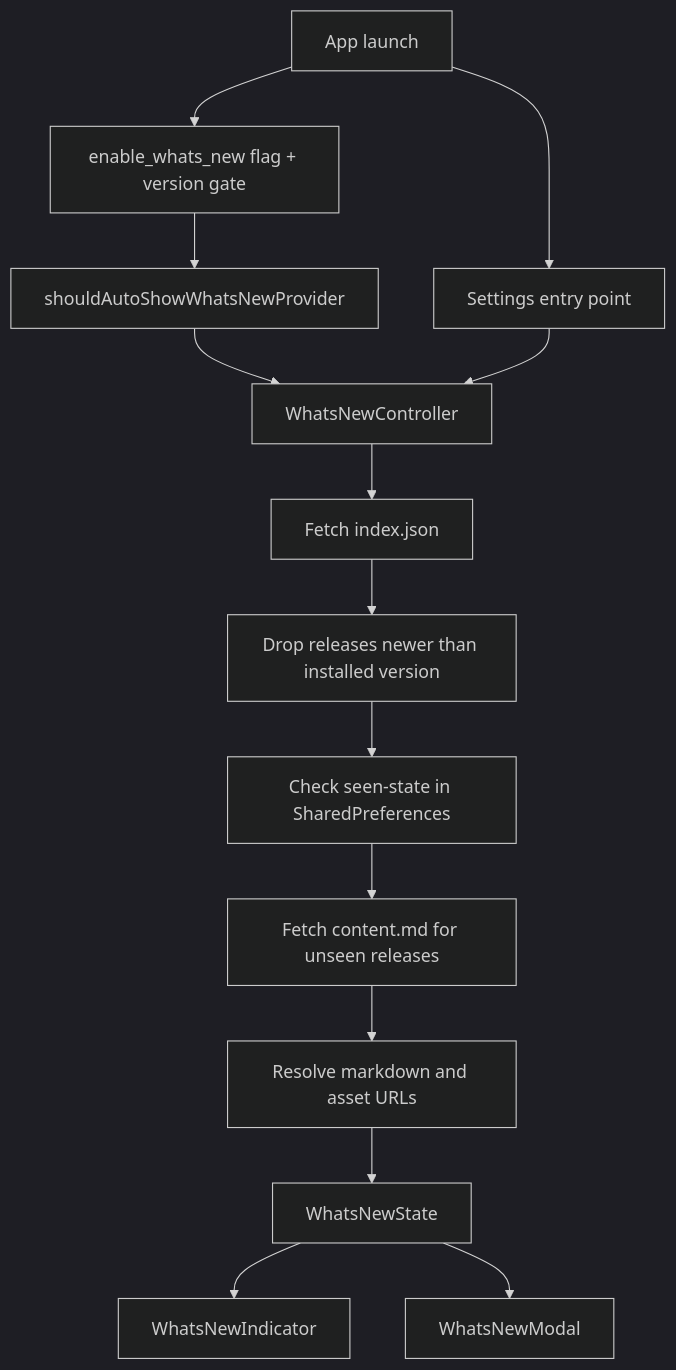
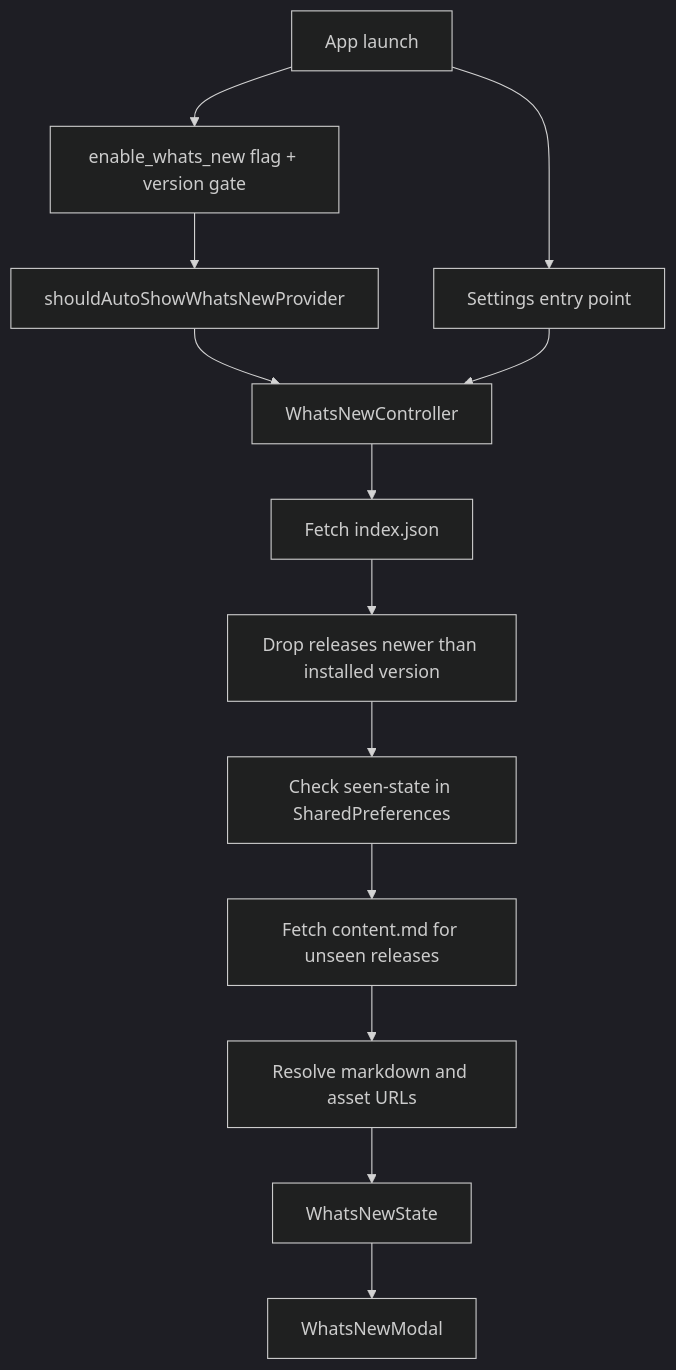
The first of 2 diagrams in lib/features/whats_new/README.md (matthiasn/lotti), drawn with Mermaid (dark theme) before and after one commit. The commit also changed other lines of this file and 484 other files, not shown here.

````diff
--- a/lib/features/whats_new/README.md
+++ b/lib/features/whats_new/README.md
@@ -16,16 +16,15 @@
 ```mermaid
 flowchart TD
   Launch["App launch"] --> Gate["enable_whats_new flag + version gate"]
   Gate --> AutoShow["shouldAutoShowWhatsNewProvider"]
   Launch --> Manual["Settings entry point"]
   AutoShow --> Controller["WhatsNewController"]
   Manual --> Controller
   Controller --> Index["Fetch index.json"]
   Index --> Filter["Drop releases newer than installed version"]
   Filter --> Seen["Check seen-state in SharedPreferences"]
   Seen --> Content["Fetch content.md for unseen releases"]
   Content --> Parser["Resolve markdown and asset URLs"]
   Parser --> State["WhatsNewState"]
-  State --> Indicator["WhatsNewIndicator"]
   State --> Modal["WhatsNewModal"]
 ```
````
